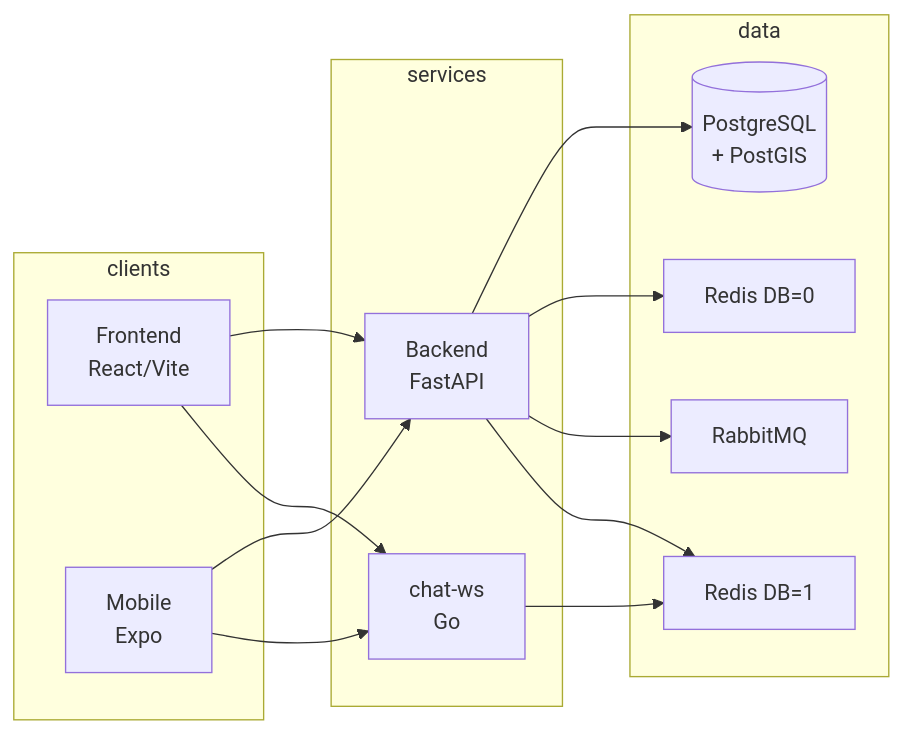
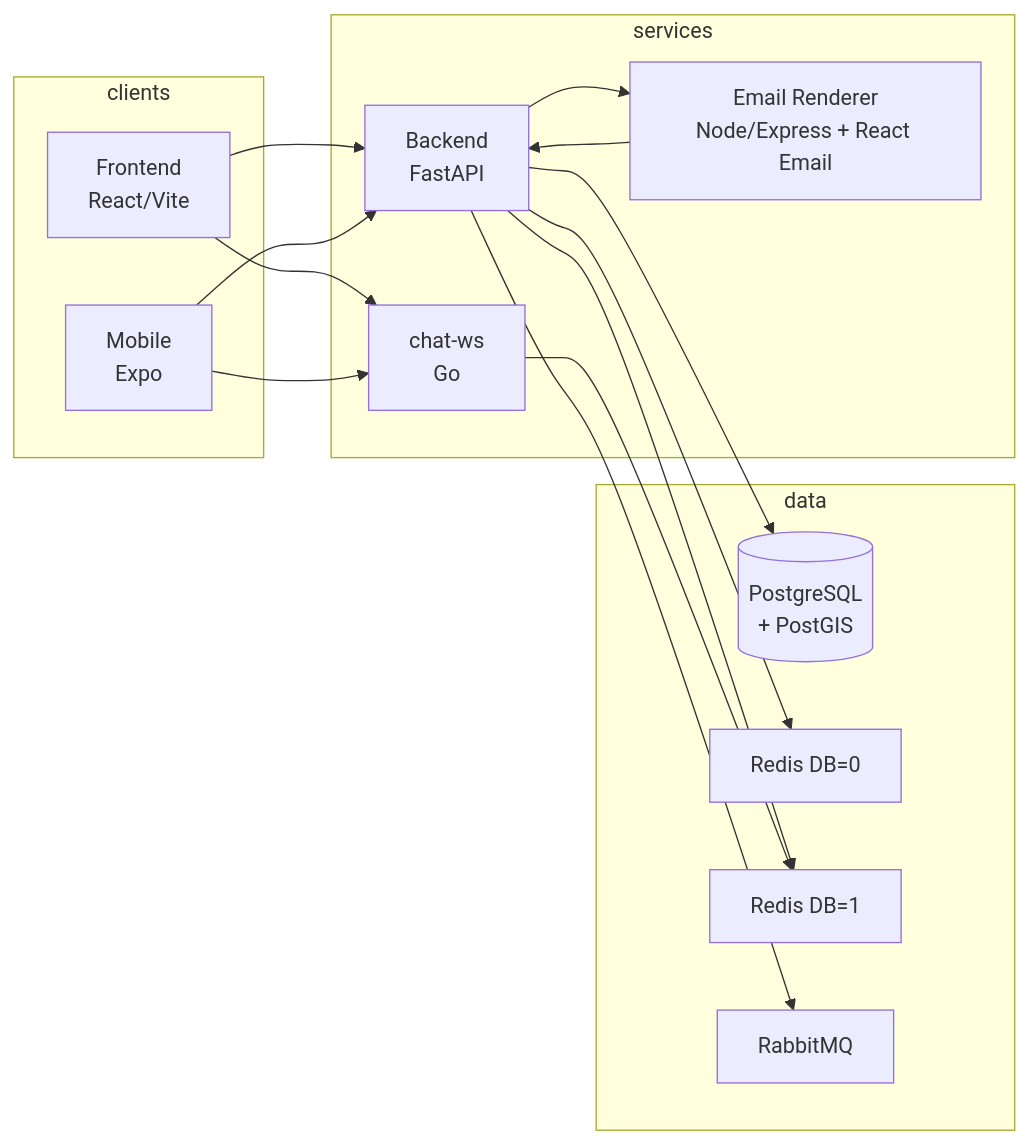
One commit to Itamarabir1/LinkUp changed the diagram in readme.md. Above: the diagram before and after it, drawn with Mermaid. The commit also changed other lines of this file and 205 other files, not shown here.

First line of the commit message:
feat: i18n, email-renderer service, K8s manifests, and CI

````diff
--- a/readme.md
+++ b/readme.md
@@ -25,29 +25,32 @@
 ```mermaid
 flowchart LR
     subgraph clients
         FE[Frontend\nReact/Vite]
         MO[Mobile\nExpo]
     end
 
     subgraph services
         API[Backend\nFastAPI]
         WS[chat-ws\nGo]
+        ER[Email Renderer\nNode/Express + React Email]
     end
 
     subgraph data
         PG[(PostgreSQL\n+ PostGIS)]
         R0[Redis DB=0]
         R1[Redis DB=1]
         MQ[RabbitMQ]
     end
 
     FE --> API
     FE --> WS
     MO --> API
     MO --> WS
     API --> PG
     API --> R0
     API --> MQ
     API --> R1
+    API --> ER
+    ER --> API
     WS --> R1
 ```
````
